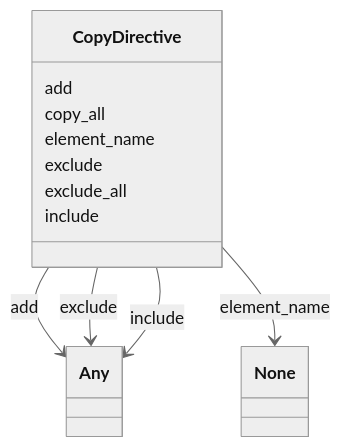
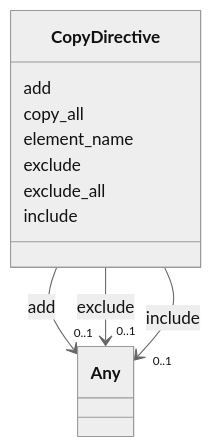
The diagram in docs/schema/CopyDirective.md (linkml/linkml-map), drawn with Mermaid (neutral theme) before and after one commit. The commit also changed other lines of this file and 155 other files, not shown here.

First line of the commit message:
Regenerate schema docs

````diff
--- a/docs/schema/CopyDirective.md
+++ b/docs/schema/CopyDirective.md
@@ -17,25 +31,45 @@
 ```mermaid
  classDiagram
     class CopyDirective
+    click CopyDirective href "../CopyDirective/"
       CopyDirective : add
+        
+          
+    
+        
+        
+        CopyDirective --> "0..1" Any : add
+        click Any href "../Any/"
+    
 
-          CopyDirective --> Any : add
+        
+      CopyDirective : copy_all
+        
+      CopyDirective : element_name
+        
+      CopyDirective : exclude
+        
+          
+    
+        
+        
+        CopyDirective --> "0..1" Any : exclude
+        click Any href "../Any/"
+    
 
-      CopyDirective : copy_all
+        
+      CopyDirective : exclude_all
+        
+      CopyDirective : include
+        
+          
+    
+        
+        
+        CopyDirective --> "0..1" Any : include
+        click Any href "../Any/"
+    
 
-      CopyDirective : element_name
-
-          CopyDirective --> None : element_name
-
-      CopyDirective : exclude
-
-          CopyDirective --> Any : exclude
-
-      CopyDirective : exclude_all
-
-      CopyDirective : include
-
-          CopyDirective --> Any : include
-
-
+        
+      
 ```
````
